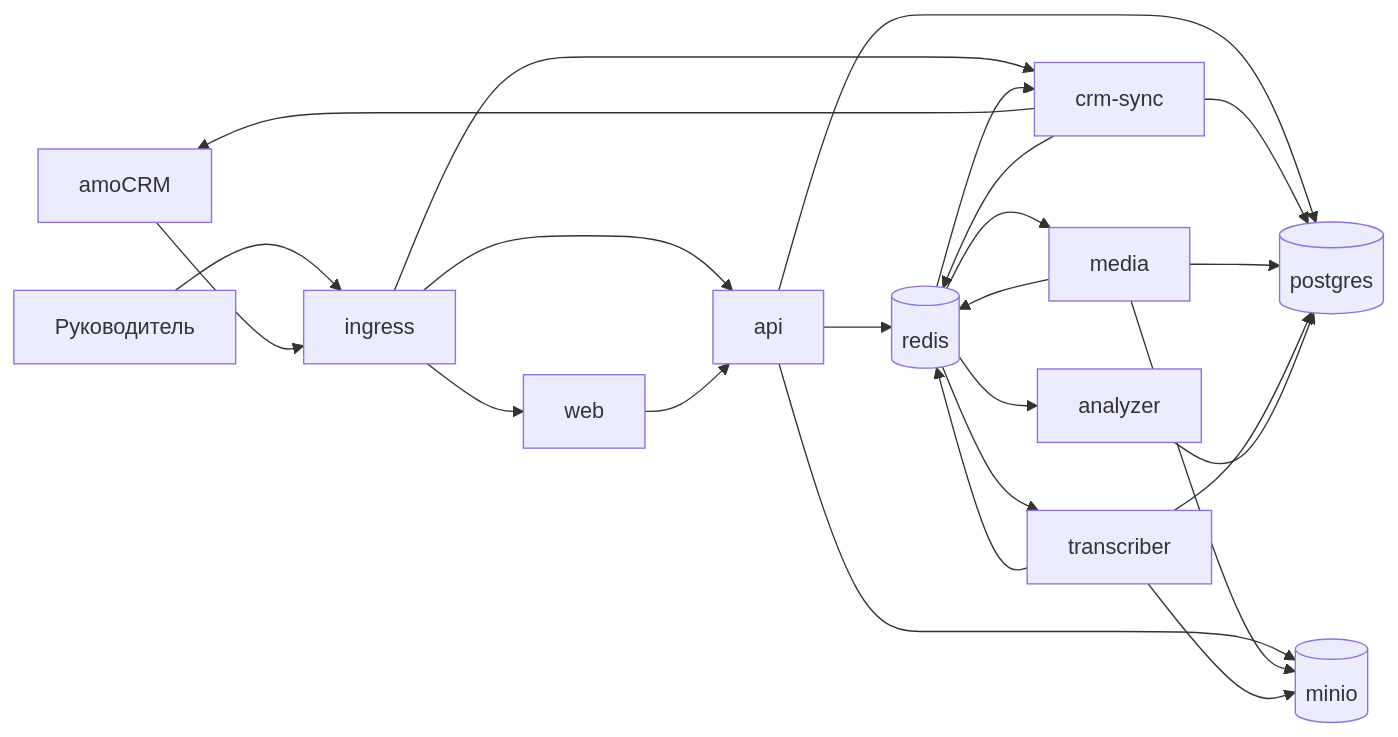
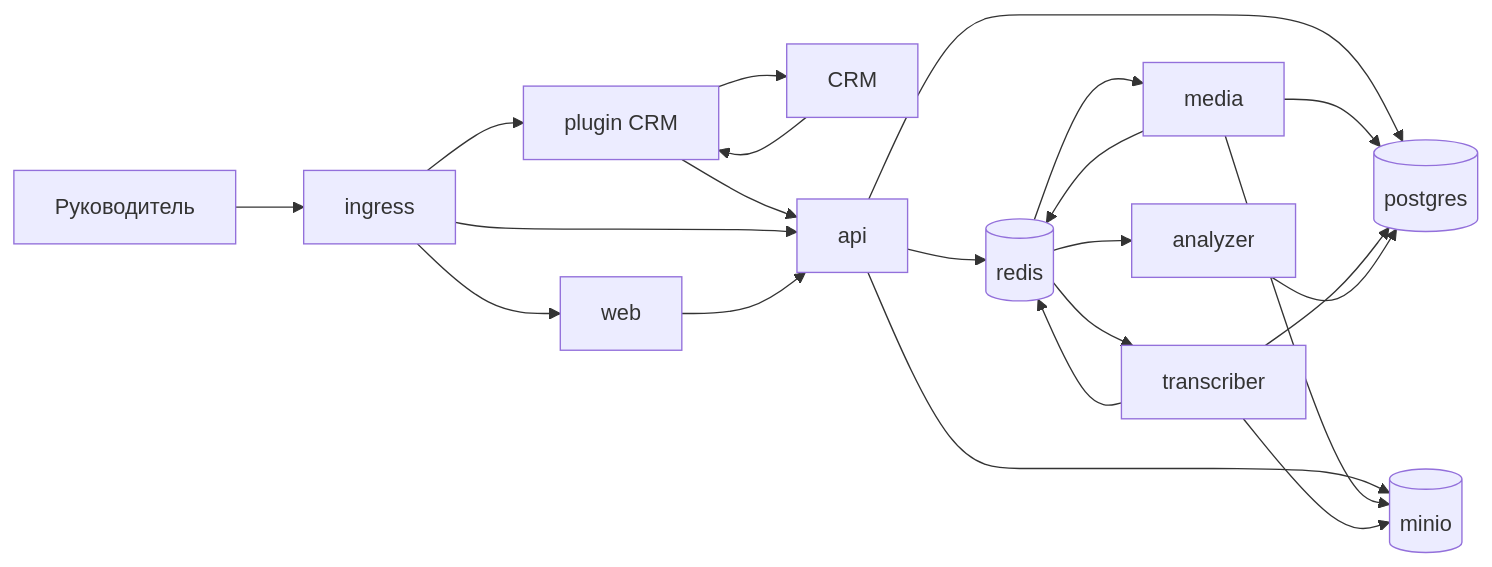
The diagram in docs/architecture.md (darnogor/calls-analyzer), drawn with Mermaid before and after one commit. The commit also changed other lines of this file and 16 other files, not shown here.

````diff
--- a/docs/architecture.md
+++ b/docs/architecture.md
@@ -28,39 +27,37 @@
 ```mermaid
 flowchart LR
-  amo[amoCRM]
   user[Руководитель]
+  crm[CRM]
+  plugin[plugin CRM]
   ingress[ingress]
   web[web]
   api[api]
-  crm[crm-sync]
   media[media]
   stt[transcriber]
   analyzer[analyzer]
   pg[(postgres)]
   redis[(redis)]
   minio[(minio)]
 
   user --> ingress
-  amo --> ingress
+  crm --> plugin
+  plugin --> crm
+  plugin --> api
   ingress --> web
   ingress --> api
-  ingress --> crm
+  ingress --> plugin
   web --> api
   api --> pg
   api --> redis
   api --> minio
-  crm --> amo
-  crm --> pg
-  crm --> redis
   redis --> media
   redis --> stt
   redis --> analyzer
-  redis --> crm
   media --> minio
   media --> pg
   media --> redis
   stt --> minio
   stt --> pg
   stt --> redis
   analyzer --> pg
 ```
````
